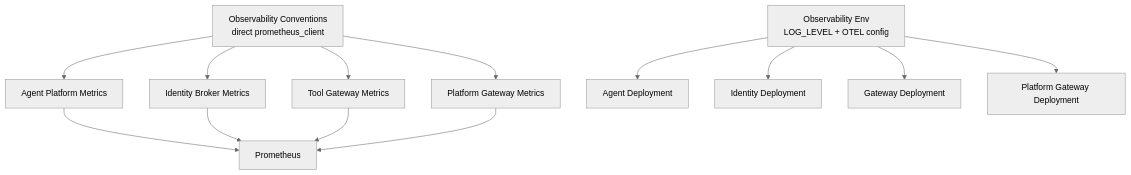
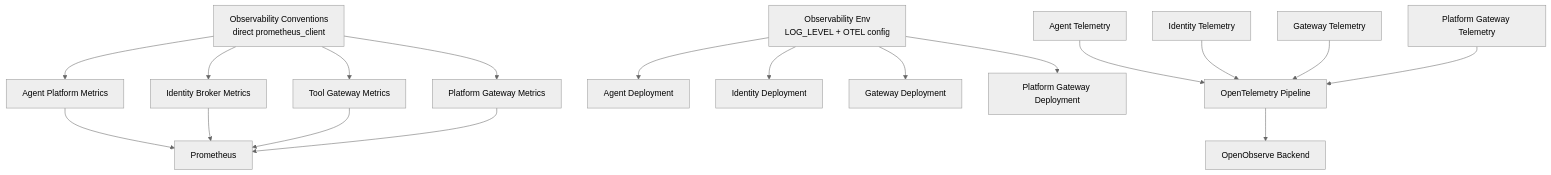
The tenth of 10 diagrams in .qoder/repowiki/en/content/Monitoring and Observability/Monitoring and Observability.md (metasync/luban-aiops), drawn with Mermaid (neutral theme) before and after one commit. The commit also changed other lines of this file and 71 other files, not shown here.

Commit message:
docs: refresh repowiki knowledge cache after OpenObserve telemetry enablement

````diff
--- a/.qoder/repowiki/en/content/Monitoring and Observability/Monitoring and Observability.md
+++ b/.qoder/repowiki/en/content/Monitoring and Observability/Monitoring and Observability.md
@@ -380,15 +473,20 @@
 ```mermaid
 graph TB
 OC["Observability Conventions<br/>direct prometheus_client"] --> AP_METRICS["Agent Platform Metrics"]
 OC --> IB_METRICS["Identity Broker Metrics"]
 OC --> TG_METRICS["Tool Gateway Metrics"]
 OC --> PG_METRICS["Platform Gateway Metrics"]
 ENV["Observability Env<br/>LOG_LEVEL + OTEL config"] --> AP_DEP["Agent Deployment"]
 ENV --> IB_DEP["Identity Deployment"]
 ENV --> TG_DEP["Gateway Deployment"]
 ENV --> PG_DEP["Platform Gateway Deployment"]
 AP_METRICS --> PROM["Prometheus"]
 IB_METRICS --> PROM
 TG_METRICS --> PROM
 PG_METRICS --> PROM
+OTEL["OpenTelemetry Pipeline"] --> OO["OpenObserve Backend"]
+AP_TELEMETRY["Agent Telemetry"] --> OTEL
+IB_TELEMETRY["Identity Telemetry"] --> OTEL
+TG_TELEMETRY["Gateway Telemetry"] --> OTEL
+PG_TELEMETRY["Platform Gateway Telemetry"] --> OTEL
 ```
````
